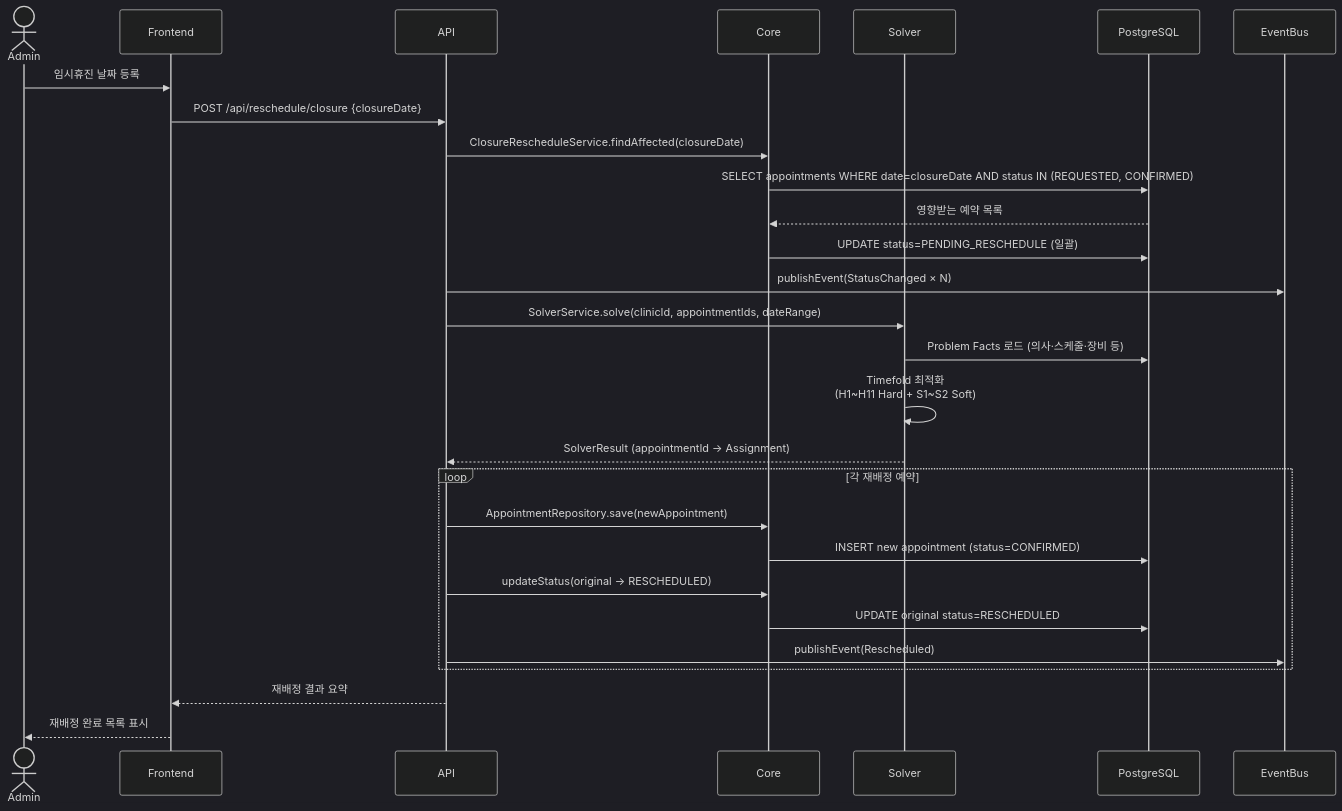
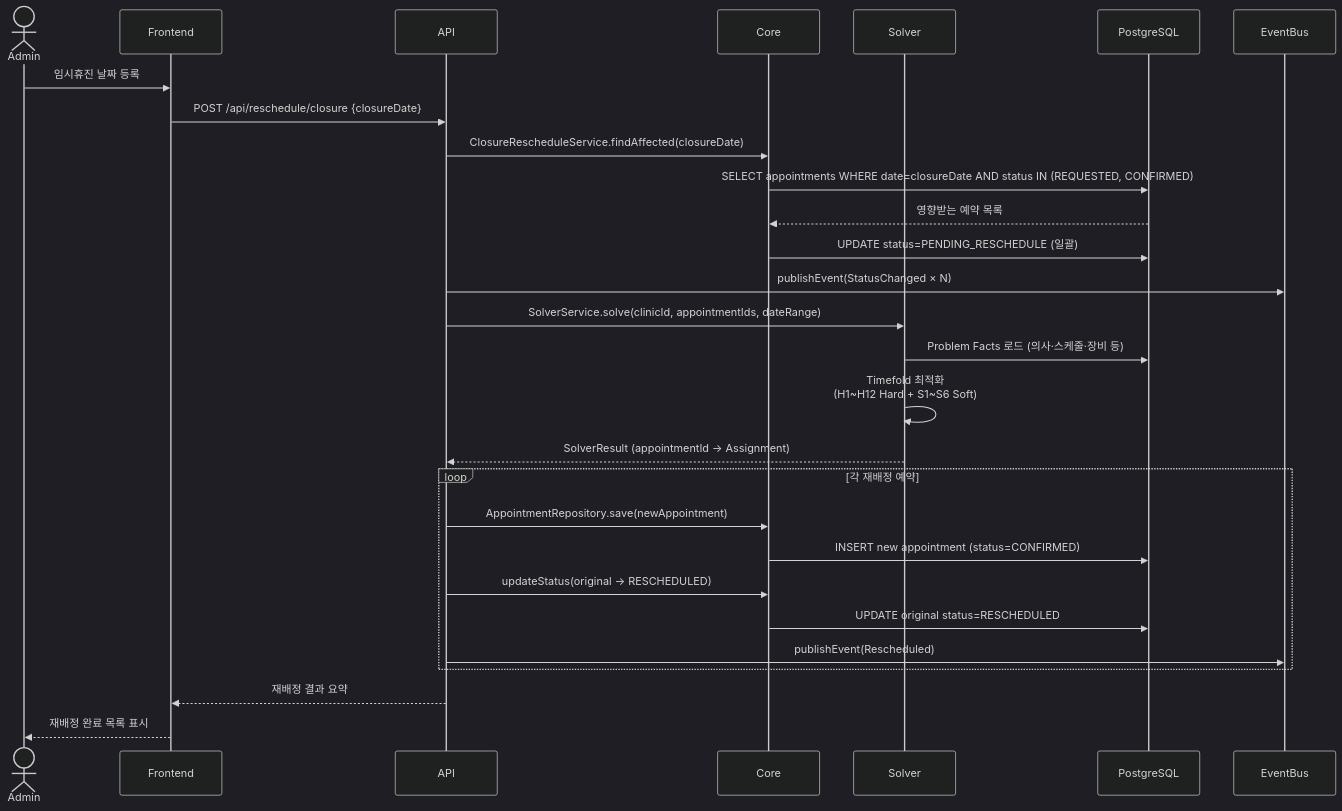
The third of 5 diagrams in docs/requirements/user-scenarios.md (bluetape4k/clinic-appointment), drawn with Mermaid (dark theme) before and after one commit. The commit also changed 31 other files, not shown here.

First line of the commit message:
docs: align clinic appointment README diagrams with current domain contracts

````diff
--- a/docs/requirements/user-scenarios.md
+++ b/docs/requirements/user-scenarios.md
@@ -101,35 +101,35 @@
 ```mermaid
 sequenceDiagram
     actor Admin
     participant Frontend
     participant API
     participant Core
     participant Solver
     participant DB as PostgreSQL
     participant EventBus
 
     Admin->>Frontend: 임시휴진 날짜 등록
     Frontend->>API: POST /api/reschedule/closure {closureDate}
     API->>Core: ClosureRescheduleService.findAffected(closureDate)
     Core->>DB: SELECT appointments WHERE date=closureDate AND status IN (REQUESTED, CONFIRMED)
     DB-->>Core: 영향받는 예약 목록
 
     Core->>DB: UPDATE status=PENDING_RESCHEDULE (일괄)
     API->>EventBus: publishEvent(StatusChanged × N)
 
     API->>Solver: SolverService.solve(clinicId, appointmentIds, dateRange)
     Solver->>DB: Problem Facts 로드 (의사·스케줄·장비 등)
-    Solver->>Solver: Timefold 최적화<br/>(H1~H11 Hard + S1~S2 Soft)
+    Solver->>Solver: Timefold 최적화<br/>(H1~H12 Hard + S1~S6 Soft)
     Solver-->>API: SolverResult (appointmentId → Assignment)
 
     loop 각 재배정 예약
         API->>Core: AppointmentRepository.save(newAppointment)
         Core->>DB: INSERT new appointment (status=CONFIRMED)
         API->>Core: updateStatus(original → RESCHEDULED)
         Core->>DB: UPDATE original status=RESCHEDULED
         API->>EventBus: publishEvent(Rescheduled)
     end
 
     API-->>Frontend: 재배정 결과 요약
     Frontend-->>Admin: 재배정 완료 목록 표시
 ```
````
